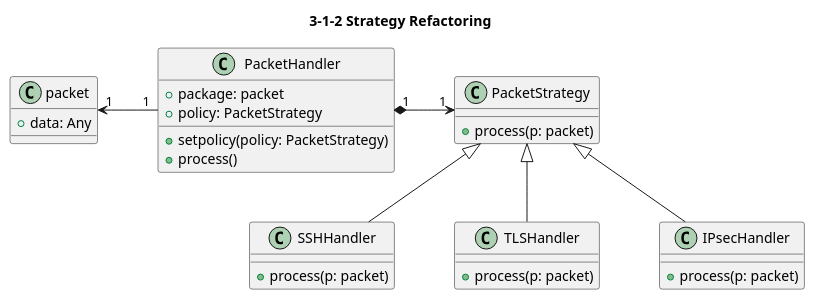
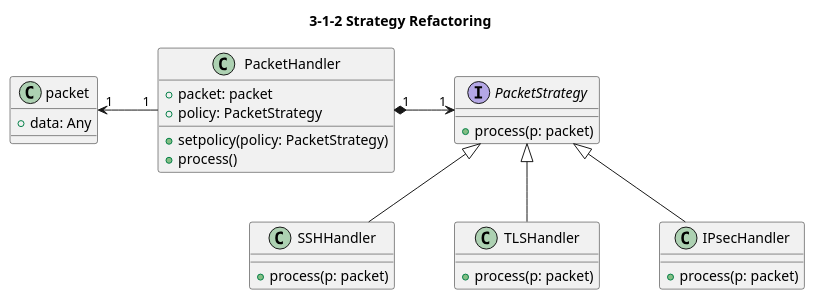
One commit to khanhln2907/Software_Architecture changed the diagram in Assignment/HW3/submission/hw312.pu. Above: the diagram before and after it, drawn with PlantUML. The commit also changed 1 other file, not shown here.

```diff
--- a/Assignment/HW3/submission/hw312.pu
+++ b/Assignment/HW3/submission/hw312.pu
@@ -1,63 +1,63 @@
 @startuml
 ' Settings
 ' ============================
 
 ' use +,#,- instead of icons
 'skinparam classAttributeIconSize 0
 
 ' horizontal distance in px
 skinparam nodesep 60 
 
 ' vertical distance in px
 skinparam ranksep 50
 
 ' use only straight lines (ortho/polyline)
 'skinparam linetype polyline
 
 ' title
 title 3-1-2 Strategy Refactoring
 
 
 
 ' Abstract Classes
 ' ============================
 class PacketHandler{
-    +package: packet
+    +packet: packet
     +policy: PacketStrategy
 
     +setpolicy(policy: PacketStrategy)
     +process()
 }
 
-class PacketStrategy{
+interface PacketStrategy{
     +process(p: packet)
 }
 
 ' Concrete Classes
 ' ============================
 class packet{
     +data: Any
 }
 
 class SSHHandler{
     +process(p: packet)
 }
 
 class TLSHandler{
     +process(p: packet)
 }
 
 class IPsecHandler{
     +process(p: packet)
 }
 
 
 ' Relations
 ' ================================
 PacketHandler "1" *-r-> "1" PacketStrategy
 PacketHandler "1" -l-> "1" packet
 
 SSHHandler -u-|> PacketStrategy
 TLSHandler -u-|> PacketStrategy
 IPsecHandler -u-|> PacketStrategy
 @enduml
```
